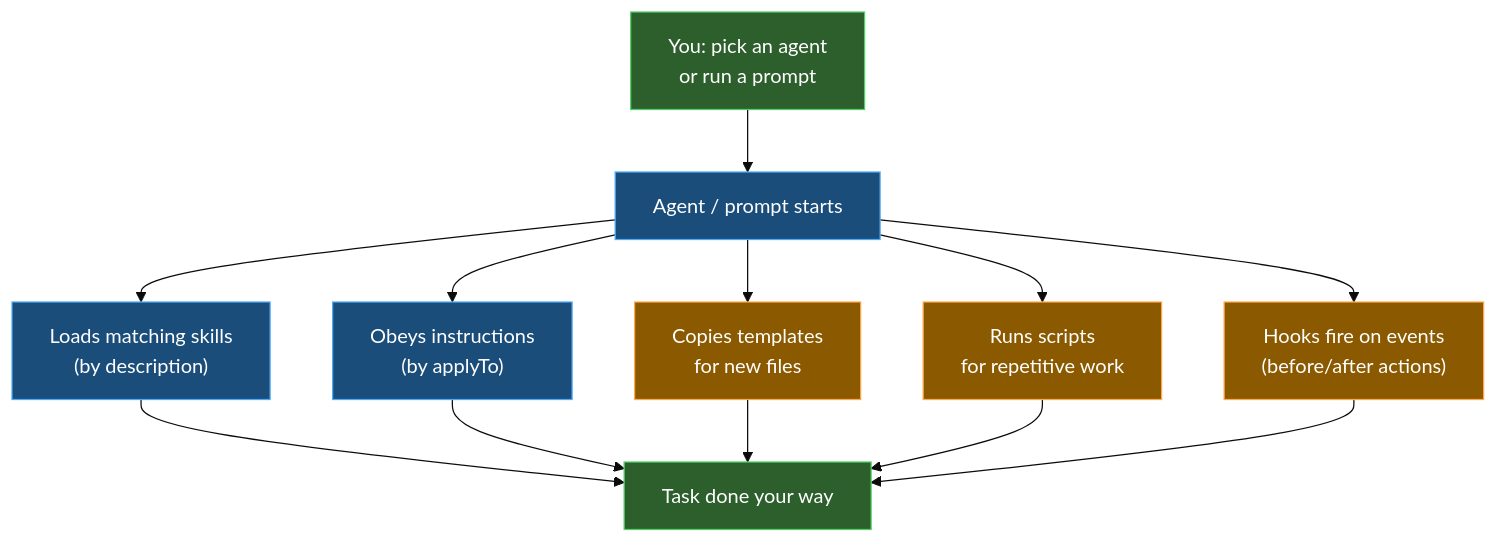
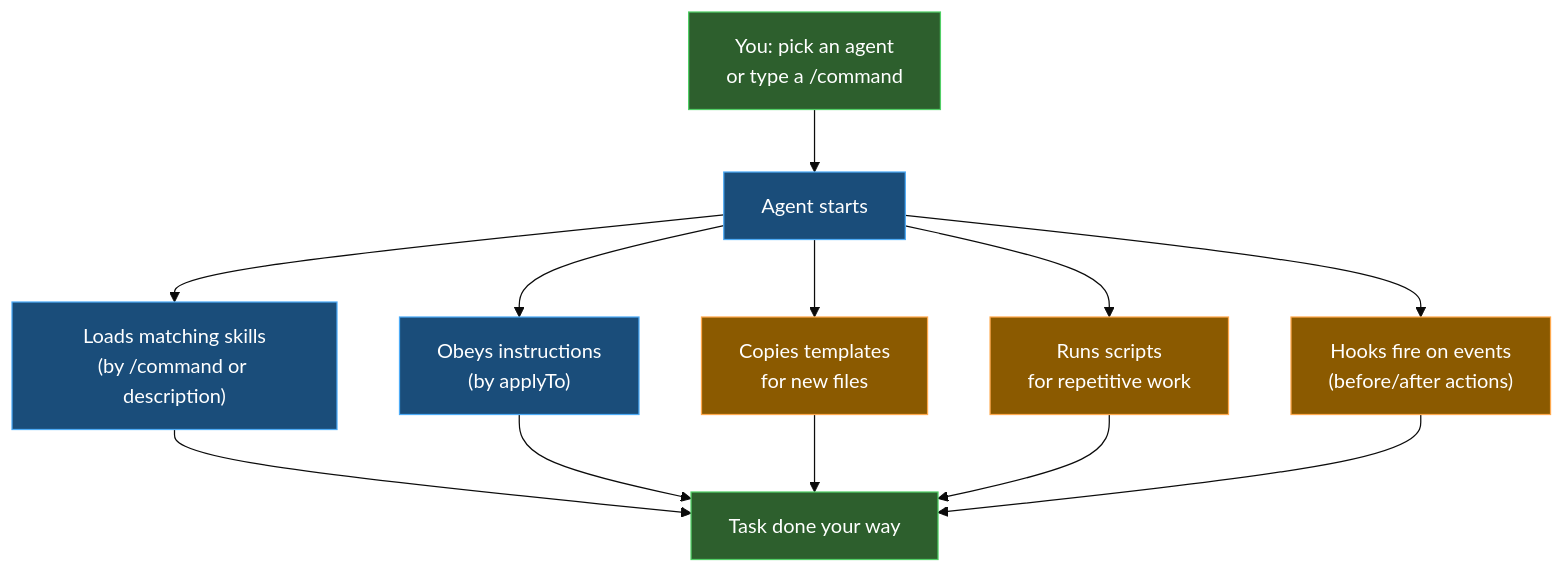
One commit to YevheniyTomenchuk-eaton/github-copilot-workspace-template changed the second of 2 diagrams in workspace/using-copilot/customization-files.md. Above: the diagram before and after it, drawn with Mermaid (base theme). The commit also changed other lines of this file and 107 other files, not shown here.

````diff
--- a/workspace/using-copilot/customization-files.md
+++ b/workspace/using-copilot/customization-files.md
@@ -117,24 +131,24 @@
 ```mermaid
 graph TB
-    YOU["You: pick an agent<br/>or run a prompt"]
-    YOU --> AG["Agent / prompt starts"]
-    AG --> SK["Loads matching skills<br/>(by description)"]
+    YOU["You: pick an agent<br/>or type a /command"]
+    YOU --> AG["Agent starts"]
+    AG --> SK["Loads matching skills<br/>(by /command or description)"]
     AG --> INS["Obeys instructions<br/>(by applyTo)"]
     AG --> TP["Copies templates<br/>for new files"]
     AG --> SC["Runs scripts<br/>for repetitive work"]
     AG --> HK["Hooks fire on events<br/>(before/after actions)"]
     SK --> DONE["Task done your way"]
     INS --> DONE
     TP --> DONE
     SC --> DONE
     HK --> DONE
 
     style YOU fill:#2d5f2d,stroke:#51cf66,color:#fff
     style DONE fill:#2d5f2d,stroke:#51cf66,color:#fff
     style AG fill:#1a4d7a,stroke:#4dabf7,color:#fff
     style SK fill:#1a4d7a,stroke:#4dabf7,color:#fff
     style INS fill:#1a4d7a,stroke:#4dabf7,color:#fff
     style TP fill:#8b5a00,stroke:#ffa94d,color:#fff
     style SC fill:#8b5a00,stroke:#ffa94d,color:#fff
     style HK fill:#8b5a00,stroke:#ffa94d,color:#fff
 ```
````
